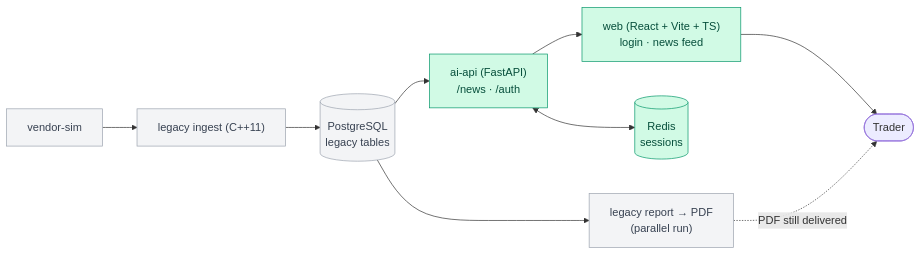
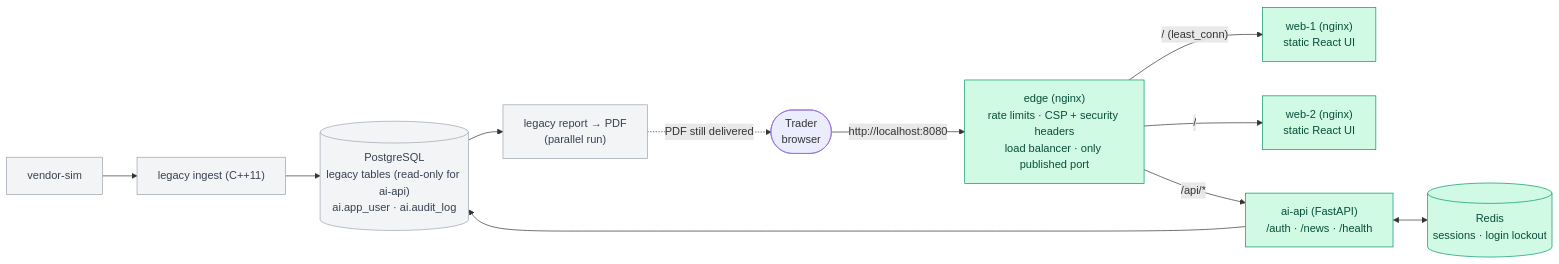
The second of 7 diagrams in README.md (tomjnet/premarket-ai), drawn with Mermaid before and after one commit. The commit also changed other lines of this file and 43 other files, not shown here.

````diff
--- a/README.md
+++ b/README.md
@@ -157,21 +200,26 @@
 ```mermaid
 flowchart LR
   classDef new fill:#d1fae5,stroke:#059669,color:#064e3b
   classDef old fill:#f3f4f6,stroke:#9ca3af,color:#374151
 
   VS["vendor-sim"]:::old
   ING["legacy ingest (C++11)"]:::old
-  PG[("PostgreSQL<br/>legacy tables")]:::old
+  PG[("PostgreSQL<br/>legacy tables (read-only for ai-api)<br/>ai.app_user · ai.audit_log")]:::old
   REP["legacy report → PDF<br/>(parallel run)"]:::old
-  API["ai-api (FastAPI)<br/>/news · /auth"]:::new
-  R[("Redis<br/>sessions")]:::new
-  WEB["web (React + Vite + TS)<br/>login · news feed"]:::new
-  T(["Trader"])
+  EDGE["edge (nginx)<br/>rate limits · CSP + security headers<br/>load balancer · only published port"]:::new
+  W1["web-1 (nginx)<br/>static React UI"]:::new
+  W2["web-2 (nginx)<br/>static React UI"]:::new
+  API["ai-api (FastAPI)<br/>/auth · /news · /health"]:::new
+  R[("Redis<br/>sessions · login lockout")]:::new
+  T(["Trader<br/>browser"])
 
   VS --> ING --> PG
   PG --> REP
-  PG --> API
+  T -- "http://localhost:8080" --> EDGE
+  EDGE -- "/ (least_conn)" --> W1
+  EDGE -- "/" --> W2
+  EDGE -- "/api/*" --> API
+  API --> PG
   API <--> R
-  API --> WEB --> T
   REP -. "PDF still delivered" .-> T
 ```
````
